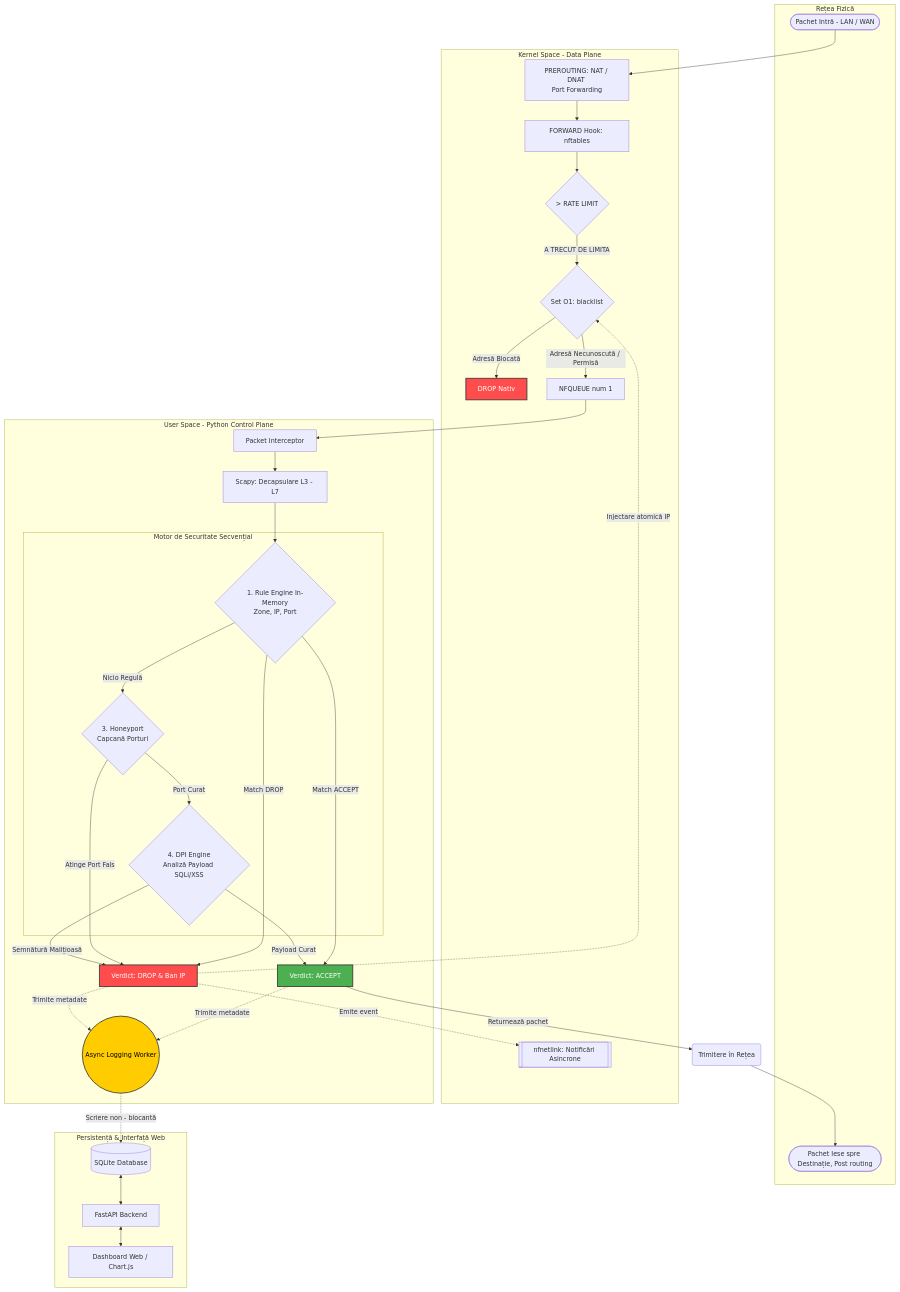
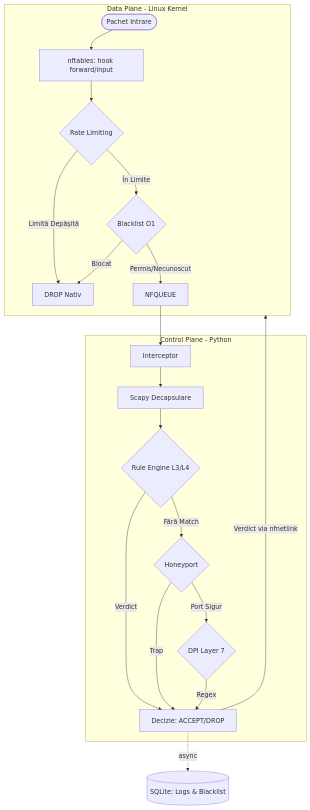
One commit to EmiCuciu/CuciSec-Lucrare-de-licenta changed the diagram in README.md. Above: the diagram before and after it, drawn with Mermaid. The commit also changed other lines of this file, not shown here.

````diff
--- a/README.md
+++ b/README.md
@@ -40,75 +33,26 @@
 ```mermaid
 flowchart TD
-%% 1. Rețeaua Fizică
-    subgraph Network [Rețea Fizică]
-        P_IN([Pachet Intră - LAN / WAN])
-        P_OUT([Pachet Iese spre Destinație, Post routing])
+    subgraph Kernel [Data Plane - Linux Kernel]
+        IN([Pachet Intrare]) --> NFT[nftables: hook forward/input]
+        NFT --> RATE{Rate Limiting}
+        RATE -->|Limită Depășită| DROP_K[DROP Nativ]
+        RATE -->|În Limite| BL{Blacklist O1}
+        BL -->|Blocat| DROP_K
+        BL -->|Permis/Necunoscut| NFQ[NFQUEUE]
     end
 
-%% 2. Kernel Space
-    subgraph Kernel [Kernel Space - Data Plane]
-        NAT[PREROUTING: NAT / DNAT \nPort Forwarding]
-        FWD[FORWARD Hook: nftables]
-        IPS{ > RATE LIMIT}
-        BL{Set O1: blacklist}
-        DROP_K[DROP Nativ]
-        NFQ[NFQUEUE num 1]
-        NL[[nfnetlink: Notificări Asincrone]]
+    subgraph UserSpace [Control Plane - Python]
+        PI[Interceptor] --> SC[Scapy Decapsulare]
+        SC --> RE{Rule Engine L3/L4}
+        RE -->|Fără Match| HP{Honeyport}
+        HP -->|Port Sigur| DPI{DPI Layer 7}
+        
+        RE -->|Verdict| DEC[Decizie: ACCEPT/DROP]
+        HP -->|Trap| DEC
+        DPI -->|Regex| DEC
     end
 
-%% 3. User Space (Python)
-    subgraph UserSpace [User Space - Python Control Plane]
-        PI[Packet Interceptor]
-        SC[Scapy: Decapsulare L3 - L7]
-
-        subgraph SecFilters [Motor de Securitate Secvențial]
-            RE{1. Rule Engine In-Memory\nZone, IP, Port}
-            HP{3. Honeyport\nCapcană Porturi}
-            DPI{4. DPI Engine\nAnaliză Payload SQLi/XSS}
-        end
-
-        ACT_A[Verdict: ACCEPT]
-        ACT_D[Verdict: DROP & Ban IP]
-        AW((Async Logging Worker))
-    end
-
-%% 4. Bază de date & Web
-    subgraph DB_Web [Persistență & Interfață Web]
-        SQL[(SQLite Database)]
-        API[FastAPI Backend]
-        UI[Dashboard Web / Chart.js]
-    end
-
-%% Flow-ul principal
-    P_IN --> NAT --> FWD
-    FWD --> IPS
-    IPS --> |A TRECUT DE LIMITA| BL
-    BL -->|Adresă Blocată| DROP_K
-    BL -->|Adresă Necunoscută / Permisă| NFQ
     NFQ --> PI
-    PI --> SC --> RE
-%% Logica de decizie
-    RE -->|Match DROP| ACT_D
-    RE -->|Match ACCEPT| ACT_A
-    RE -->|Nicio Regulă| HP
-    HP -->|Atinge Port Fals| ACT_D
-    HP -->|Port Curat| DPI
-    DPI -->|Semnătură Malițioasă| ACT_D
-    DPI -->|Payload Curat| ACT_A
-%% Verdict spre Kernel
-    ACT_A -->|Returnează pachet| FWD_OUT(Trimitere în Rețea)
-    FWD_OUT --> P_OUT
-    ACT_D -. Injectare atomică IP .-> BL
-    ACT_D -. Emite event .-> NL
-%% Logare Asincronă
-    ACT_A -. Trimite metadate .-> AW
-    ACT_D -. Trimite metadate .-> AW
-    AW -. Scriere non - blocantă .-> SQL
-%% API
-    SQL <--> API <--> UI
-%% Stilizare
-    style DROP_K fill: #ff4d4d, stroke: #333, stroke-width: 2px, color: white
-    style ACT_D fill: #ff4d4d, stroke: #333, stroke-width: 2px, color: white
-    style ACT_A fill: #4CAF50, stroke: #333, stroke-width: 2px, color: white
-    style AW fill: #ffcc00, stroke: #333, stroke-width: 2px, color: black
+    DEC -->|Verdict via nfnetlink| Kernel
+    DEC -. async .-> LOG[(SQLite: Logs & Blacklist)]
 ```
````
